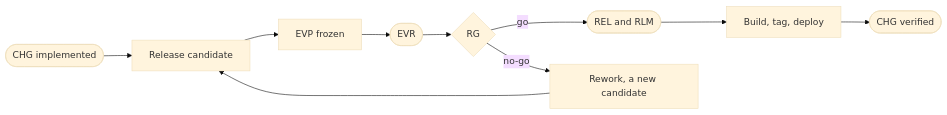
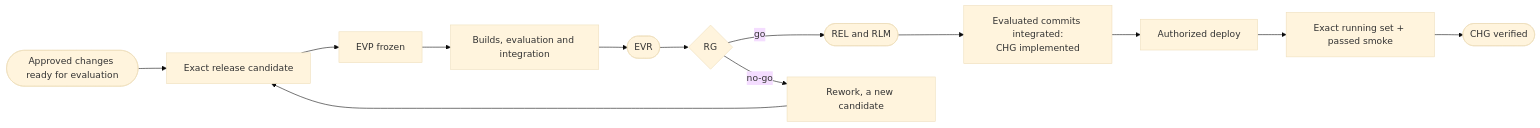
Diagram 21 of 23 in PROCESSES.md (gqkd/framework-data-ai), drawn with Mermaid (base theme) before and after one commit. The commit also changed other lines of this file and 72 other files, not shown here.

````diff
--- a/PROCESSES.md
+++ b/PROCESSES.md
@@ -1137,12 +1163,15 @@
 ```mermaid
 flowchart LR
-  done(["CHG implemented"]) --> rc["Release candidate"]
+  done(["Approved changes ready for evaluation"]) --> rc["Exact release candidate"]
   rc --> freeze["EVP frozen"]
-  freeze --> EVR(["EVR"])
+  freeze --> builds["Builds, evaluation and integration"]
+  builds --> EVR(["EVR"])
   EVR --> RG{"RG"}
   RG -->|"go"| REL(["REL and RLM"])
-  REL --> dep["Build, tag, deploy"]
-  dep --> ver(["CHG verified"])
+  REL --> merged["Evaluated commits integrated:<br/>CHG implemented"]
+  merged --> dep["Authorized deploy"]
+  dep --> observed["Exact running set + passed smoke"]
+  observed --> ver(["CHG verified"])
   RG -->|"no-go"| rework["Rework, a new candidate"]
   rework --> rc
 ```
````
